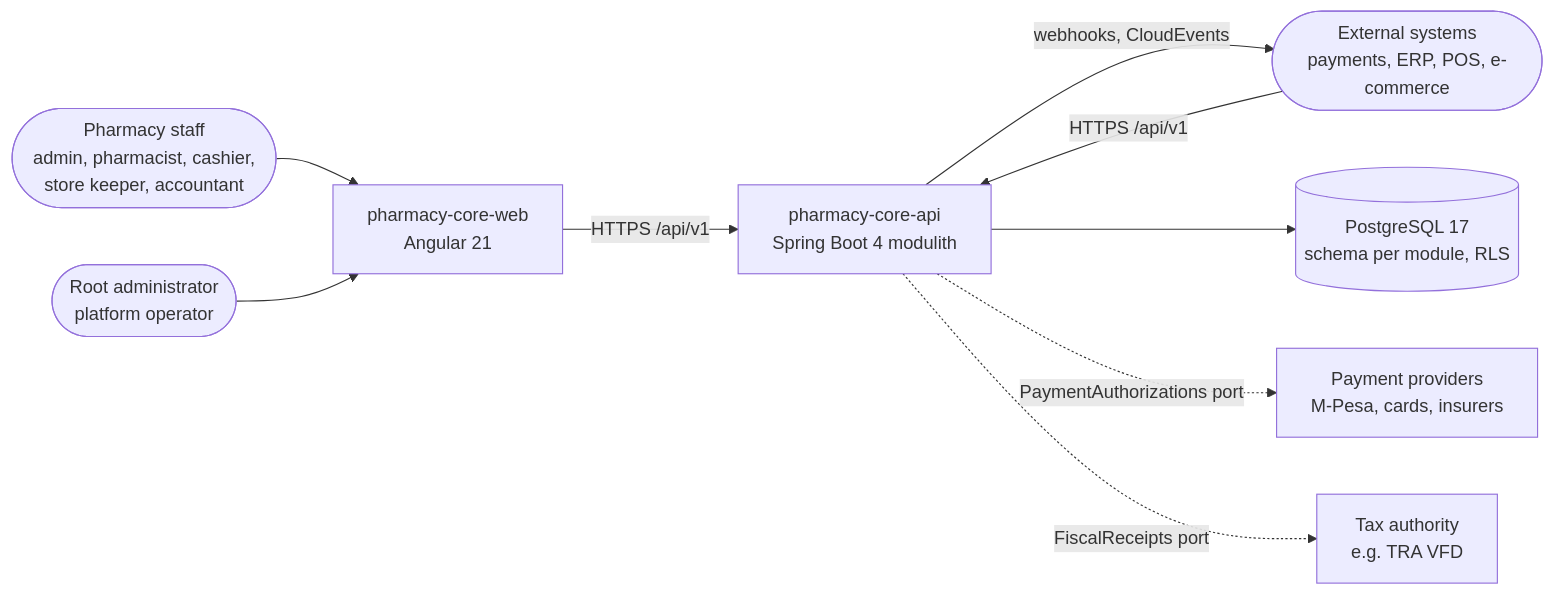
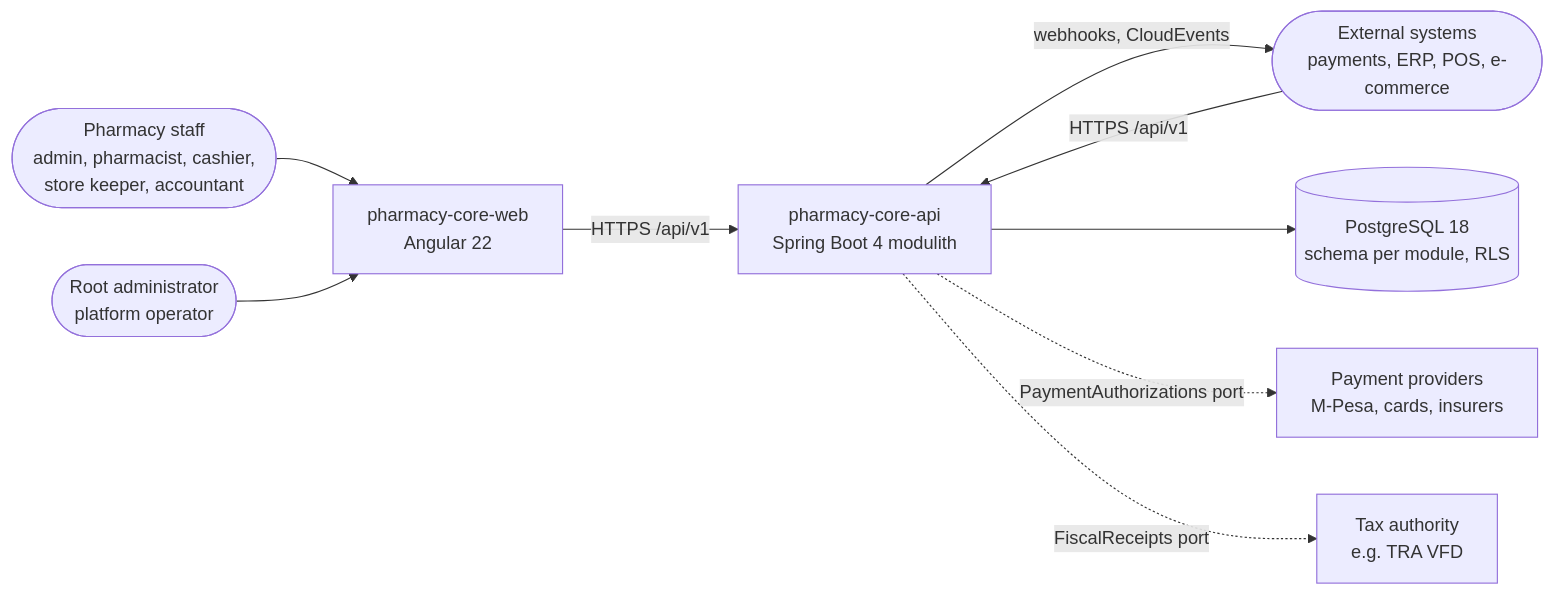
The first of 4 diagrams in architecture/overview.md (godfreydesidery/pharmacy-core-docs), drawn with Mermaid before and after one commit. The commit also changed other lines of this file and 6 other files, not shown here.

````diff
--- a/architecture/overview.md
+++ b/architecture/overview.md
@@ -7,19 +7,19 @@
 ```mermaid
 flowchart LR
   staff([Pharmacy staff<br/>admin, pharmacist, cashier,<br/>store keeper, accountant])
   root([Root administrator<br/>platform operator])
   ext([External systems<br/>payments, ERP, POS, e-commerce])
-  web[pharmacy-core-web<br/>Angular 21]
+  web[pharmacy-core-web<br/>Angular 22]
   api[pharmacy-core-api<br/>Spring Boot 4 modulith]
-  db[(PostgreSQL 17<br/>schema per module, RLS)]
+  db[(PostgreSQL 18<br/>schema per module, RLS)]
   pay[Payment providers<br/>M-Pesa, cards, insurers]
   tax[Tax authority<br/>e.g. TRA VFD]
   staff --> web
   root --> web
   web -- HTTPS /api/v1 --> api
   ext -- HTTPS /api/v1 --> api
   api -- webhooks, CloudEvents --> ext
   api --> db
   api -. PaymentAuthorizations port .-> pay
   api -. FiscalReceipts port .-> tax
 ```
````
